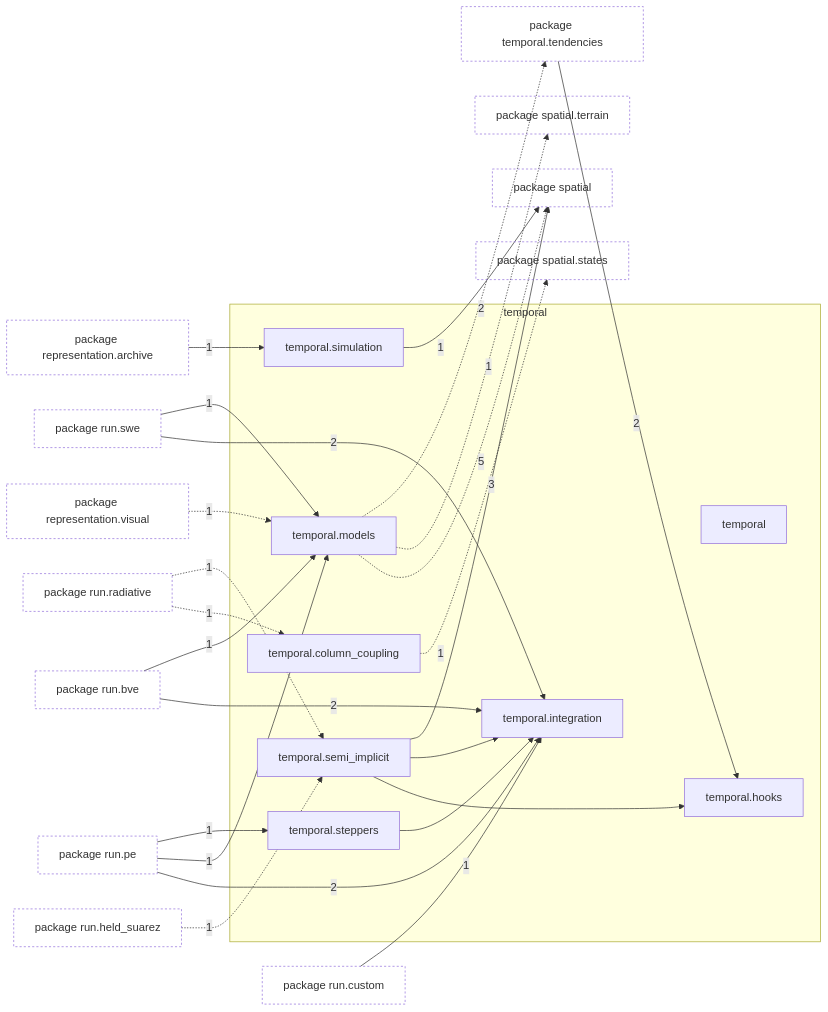
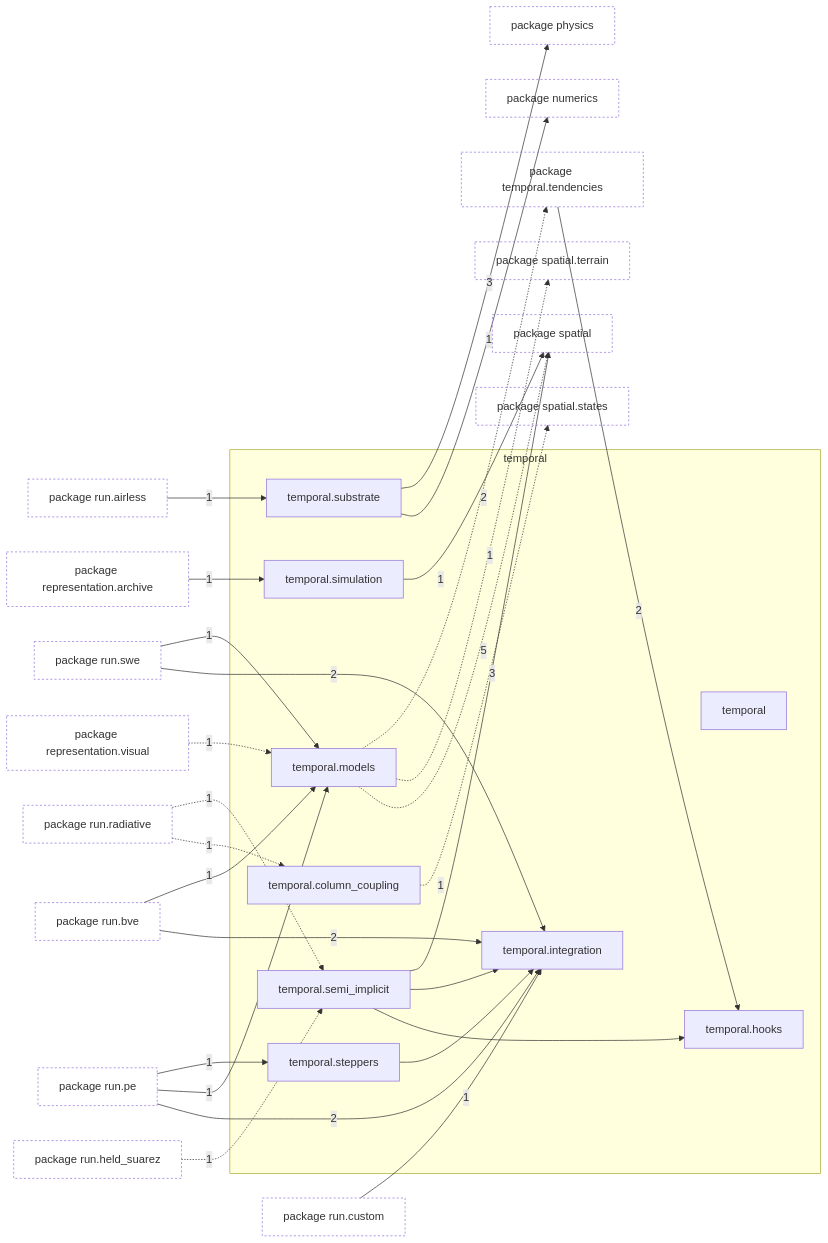
The first of 2 diagrams in docs/architecture/current/packages/tropoi.temporal.md (AlexandreEros/Palintropos), drawn with Mermaid before and after one commit. The commit also changed other lines of this file and 32 other files, not shown here.

First line of the commit message:
Move the substrate's time step to temporal; add the numerics layer (#78)

````diff
--- a/docs/architecture/current/packages/tropoi.temporal.md
+++ b/docs/architecture/current/packages/tropoi.temporal.md
@@ -26,63 +27,73 @@
 ```mermaid
 %% Generated by tools.architecture 2.3.0. Do not edit by hand.
 %% Modules of tropoi.temporal with imports in and out
 flowchart LR
     subgraph g_tropoi_otemporal["temporal"]
         n_tropoi_otemporal["temporal"]
         n_tropoi_otemporal_ocolumn__coupling["temporal.column#95;coupling"]
         n_tropoi_otemporal_ohooks["temporal.hooks"]
         n_tropoi_otemporal_ointegration["temporal.integration"]
         n_tropoi_otemporal_omodels["temporal.models"]
         n_tropoi_otemporal_osemi__implicit["temporal.semi#95;implicit"]
         n_tropoi_otemporal_osimulation["temporal.simulation"]
         n_tropoi_otemporal_osteppers["temporal.steppers"]
+        n_tropoi_otemporal_osubstrate["temporal.substrate"]
     end
+    p_tropoi_onumerics["package numerics"]
+    p_tropoi_ophysics["package physics"]
     p_tropoi_orepresentation_oarchive["package representation.archive"]
     p_tropoi_orepresentation_ovisual["package representation.visual"]
+    p_tropoi_orun_oairless["package run.airless"]
     p_tropoi_orun_obve["package run.bve"]
     p_tropoi_orun_ocustom["package run.custom"]
     p_tropoi_orun_oheld__suarez["package run.held#95;suarez"]
     p_tropoi_orun_ope["package run.pe"]
     p_tropoi_orun_oradiative["package run.radiative"]
     p_tropoi_orun_oswe["package run.swe"]
     p_tropoi_ospatial["package spatial"]
     p_tropoi_ospatial_ostates["package spatial.states"]
     p_tropoi_ospatial_oterrain["package spatial.terrain"]
     p_tropoi_otemporal_otendencies["package temporal.tendencies"]
     n_tropoi_otemporal_osemi__implicit --> n_tropoi_otemporal_ohooks
     n_tropoi_otemporal_osemi__implicit --> n_tropoi_otemporal_ointegration
     n_tropoi_otemporal_osteppers --> n_tropoi_otemporal_ointegration
     p_tropoi_orepresentation_oarchive -->|1| n_tropoi_otemporal_osimulation
     p_tropoi_orepresentation_ovisual -.->|1| n_tropoi_otemporal_omodels
+    p_tropoi_orun_oairless -->|1| n_tropoi_otemporal_osubstrate
     p_tropoi_orun_obve -->|2| n_tropoi_otemporal_ointegration
     p_tropoi_orun_obve -->|1| n_tropoi_otemporal_omodels
     p_tropoi_orun_ocustom -->|1| n_tropoi_otemporal_ointegration
     p_tropoi_orun_oheld__suarez -.->|1| n_tropoi_otemporal_osemi__implicit
     p_tropoi_orun_ope -->|2| n_tropoi_otemporal_ointegration
     p_tropoi_orun_ope -->|1| n_tropoi_otemporal_omodels
     p_tropoi_orun_ope -->|1| n_tropoi_otemporal_osteppers
     p_tropoi_orun_oradiative -.->|1| n_tropoi_otemporal_ocolumn__coupling
     p_tropoi_orun_oradiative -.->|1| n_tropoi_otemporal_osemi__implicit
     p_tropoi_orun_oswe -->|2| n_tropoi_otemporal_ointegration
     p_tropoi_orun_oswe -->|1| n_tropoi_otemporal_omodels
     p_tropoi_otemporal_otendencies -->|2| n_tropoi_otemporal_ohooks
     n_tropoi_otemporal_ocolumn__coupling -.->|1| p_tropoi_ospatial_ostates
     n_tropoi_otemporal_omodels -.->|5| p_tropoi_ospatial
     n_tropoi_otemporal_omodels -.->|1| p_tropoi_ospatial_oterrain
     n_tropoi_otemporal_omodels -.->|2| p_tropoi_otemporal_otendencies
     n_tropoi_otemporal_osemi__implicit -->|3| p_tropoi_ospatial
     n_tropoi_otemporal_osimulation -->|1| p_tropoi_ospatial
+    n_tropoi_otemporal_osubstrate -->|1| p_tropoi_onumerics
+    n_tropoi_otemporal_osubstrate -->|3| p_tropoi_ophysics
     classDef other fill:none,stroke-dasharray:3 3
+    class p_tropoi_onumerics other
+    class p_tropoi_ophysics other
     class p_tropoi_orepresentation_oarchive other
     class p_tropoi_orepresentation_ovisual other
+    class p_tropoi_orun_oairless other
     class p_tropoi_orun_obve other
     class p_tropoi_orun_ocustom other
     class p_tropoi_orun_oheld__suarez other
     class p_tropoi_orun_ope other
     class p_tropoi_orun_oradiative other
     class p_tropoi_orun_oswe other
     class p_tropoi_ospatial other
     class p_tropoi_ospatial_ostates other
     class p_tropoi_ospatial_oterrain other
     class p_tropoi_otemporal_otendencies other
 ```
````
